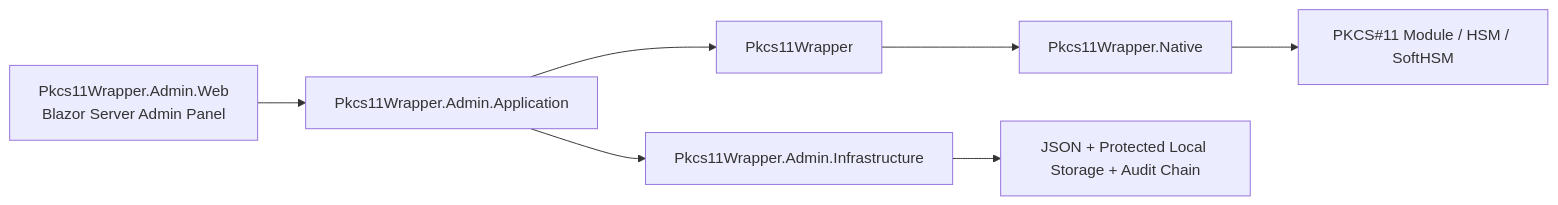
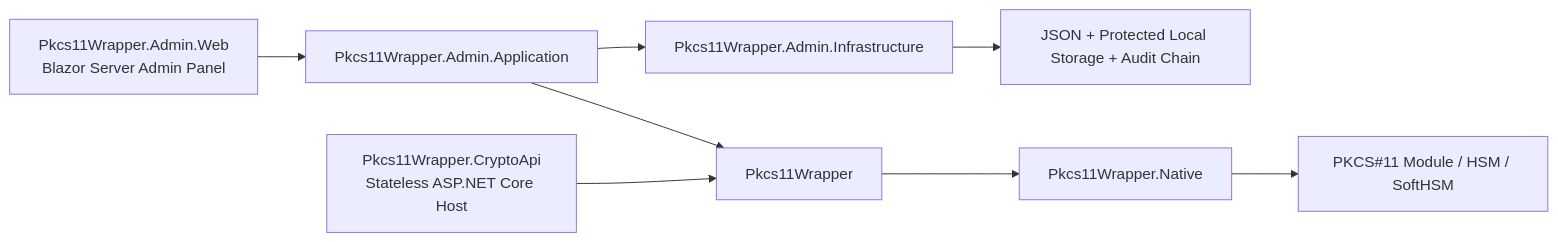
The diagram in README.md (EbubekirERGUN/Pkcs11Wrapper), drawn with Mermaid before and after one commit. The commit also changed other lines of this file and 21 other files, not shown here.

Commit message:
Add stateless Crypto API host scaffold

````diff
--- a/README.md
+++ b/README.md
@@ -92,9 +103,10 @@
 ```mermaid
 flowchart LR
     A[Pkcs11Wrapper.Admin.Web\nBlazor Server Admin Panel] --> B[Pkcs11Wrapper.Admin.Application]
     B --> C[Pkcs11Wrapper.Admin.Infrastructure]
     B --> D[Pkcs11Wrapper]
+    H[Pkcs11Wrapper.CryptoApi\nStateless ASP.NET Core Host] --> D
     D --> E[Pkcs11Wrapper.Native]
     E --> F[PKCS#11 Module / HSM / SoftHSM]
     C --> G[JSON + Protected Local Storage + Audit Chain]
 ```
````
